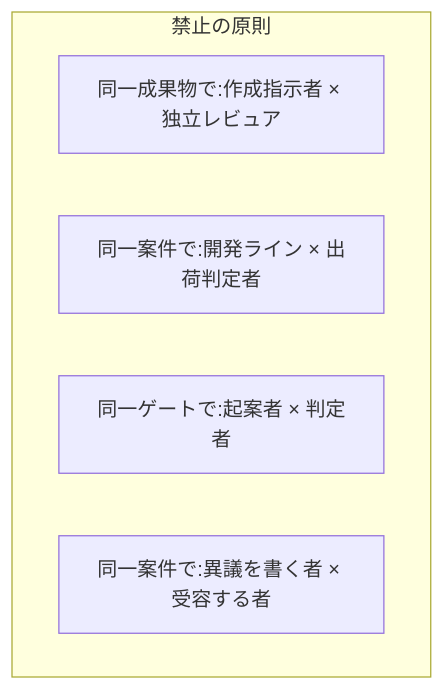
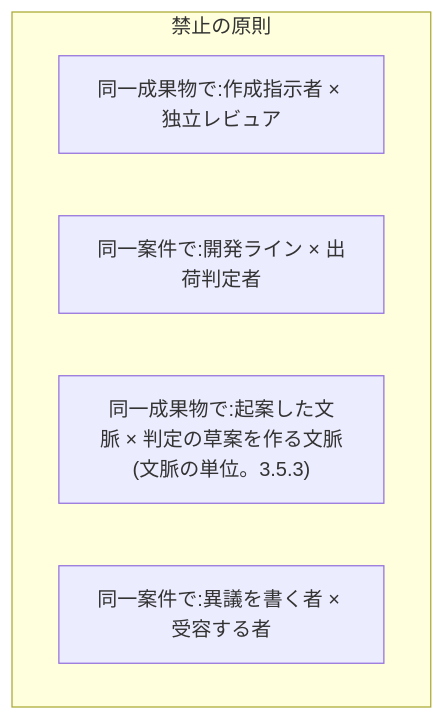
The first of 5 diagrams in src/content/docs/phase4-process-design/roles-responsibilities.md (Takenori-Kusaka/process-compass), drawn with Mermaid before and after one commit. The commit also changed other lines of this file and 44 other files, not shown here.

````diff
--- a/src/content/docs/phase4-process-design/roles-responsibilities.md
+++ b/src/content/docs/phase4-process-design/roles-responsibilities.md
@@ -271,9 +271,9 @@
 ```mermaid
 graph TD
   subgraph 禁止の原則
     X1["同一成果物で:作成指示者 × 独立レビュア"]
     X2["同一案件で:開発ライン × 出荷判定者"]
-    X3["同一ゲートで:起案者 × 判定者"]
+    X3["同一成果物で:起案した文脈 × 判定の草案を作る文脈(文脈の単位。3.5.3)"]
     X4["同一案件で:異議を書く者 × 受容する者"]
   end
 ```
````
